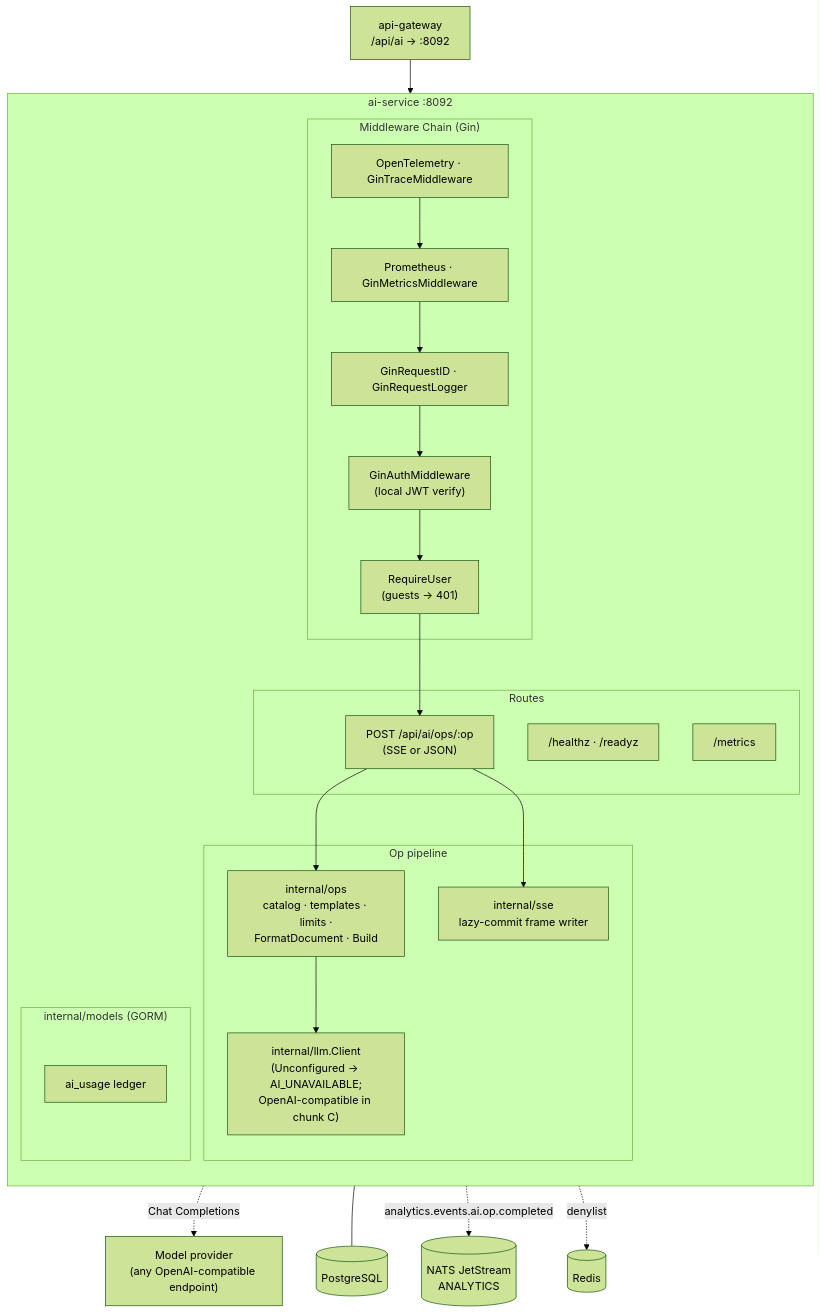
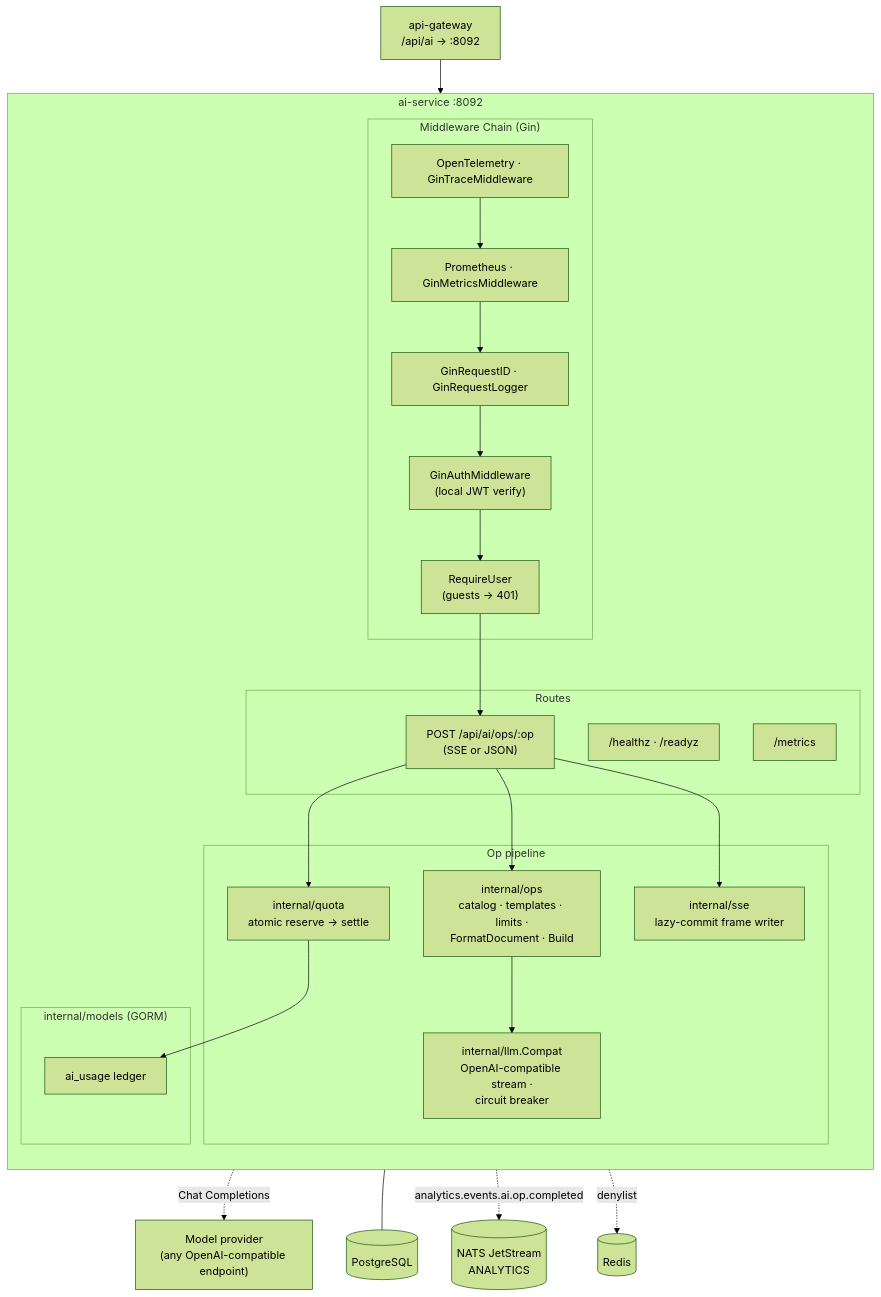
Before and after one commit to code-farms/fyredocs_backend: the diagram in docs/developer/mermaid/service-ai-service-architecture.md, drawn with Mermaid (forest theme). The commit also changed 35 other files, not shown here.

First line of the commit message:
feat(ai-service): OpenAI-compatible provider client and token quota

````diff
--- a/docs/developer/mermaid/service-ai-service-architecture.md
+++ b/docs/developer/mermaid/service-ai-service-architecture.md
@@ -7,39 +7,41 @@
 ```mermaid
 graph TB
     subgraph ai-service[" ai-service :8092 "]
         direction TB
 
         subgraph Middleware["Middleware Chain (Gin)"]
             TRACE["OpenTelemetry · GinTraceMiddleware"]
             METRICS["Prometheus · GinMetricsMiddleware"]
             REQID["GinRequestID · GinRequestLogger"]
             AUTH["GinAuthMiddleware<br/>(local JWT verify)"]
             REQUSER["RequireUser<br/>(guests → 401)"]
         end
 
         subgraph Routes["Routes"]
             OPS["POST /api/ai/ops/:op<br/>(SSE or JSON)"]
             HEALTHZ["/healthz · /readyz"]
             METRICSEP["/metrics"]
         end
 
         subgraph Core["Op pipeline"]
             CAT["internal/ops<br/>catalog · templates · limits ·<br/>FormatDocument · Build"]
             SSEW["internal/sse<br/>lazy-commit frame writer"]
-            LLM["internal/llm.Client<br/>(Unconfigured → AI_UNAVAILABLE;<br/>OpenAI-compatible in chunk C)"]
+            LLM["internal/llm.Compat<br/>OpenAI-compatible stream ·<br/>circuit breaker"]
+            QUOTA["internal/quota<br/>atomic reserve → settle"]
         end
 
         subgraph Models["internal/models (GORM)"]
             USAGE["ai_usage ledger"]
         end
     end
 
     GW["api-gateway<br/>/api/ai → :8092"] --> TRACE
     TRACE --> METRICS --> REQID --> AUTH --> REQUSER --> OPS
+    OPS --> QUOTA --> USAGE
     OPS --> CAT --> LLM
     OPS --> SSEW
     LLM -.->|Chat Completions| PROVIDER["Model provider<br/>(any OpenAI-compatible endpoint)"]
     USAGE --- PG[("PostgreSQL")]
     OPS -.->|analytics.events.ai.op.completed| NATS[("NATS JetStream<br/>ANALYTICS")]
     AUTH -.->|denylist| REDIS[("Redis")]
 ```
````
